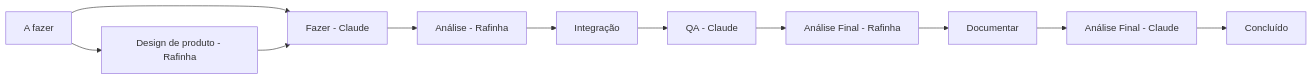
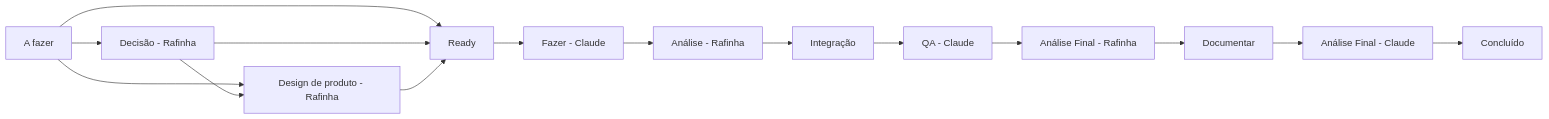
The diagram in README.md (rafinha-as-br/skills-claude), drawn with Mermaid before and after one commit. The commit also changed other lines of this file and 14 other files, not shown here.

````diff
--- a/README.md
+++ b/README.md
@@ -9,13 +9,17 @@
 ```mermaid
 flowchart LR
-    Z["A fazer"] --> Y["Design de produto - Rafinha"]
-    Z --> A["Fazer - Claude"]
-    Y --> A
+    Z["A fazer"] --> W["Decisão - Rafinha"]
+    Z --> Y["Design de produto - Rafinha"]
+    Z --> R["Ready"]
+    W --> Y
+    W --> R
+    Y --> R
+    R --> A["Fazer - Claude"]
     A --> B["Análise - Rafinha"]
     B --> C["Integração"]
     C --> D["QA - Claude"]
     D --> F["Análise Final - Rafinha"]
     F --> E["Documentar"]
     E --> G["Análise Final - Claude"]
     G --> H["Concluído"]
 ```
````
